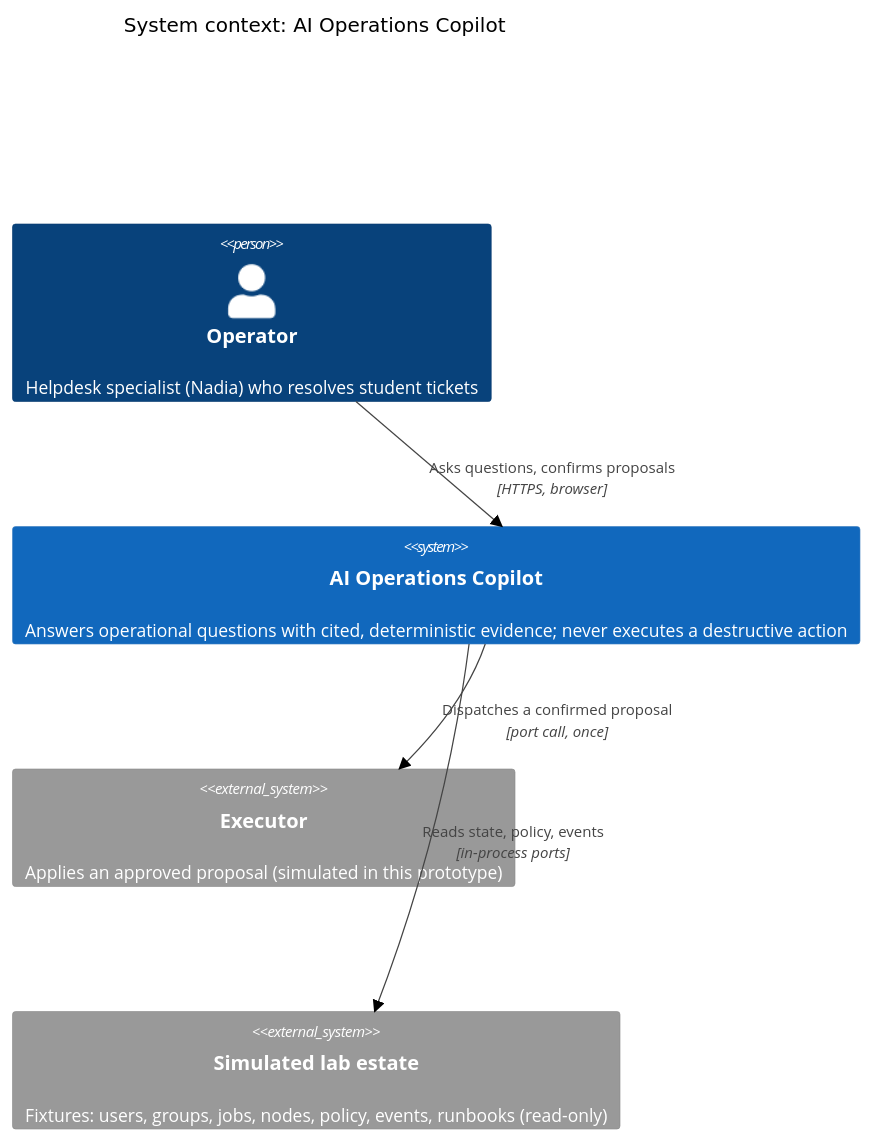
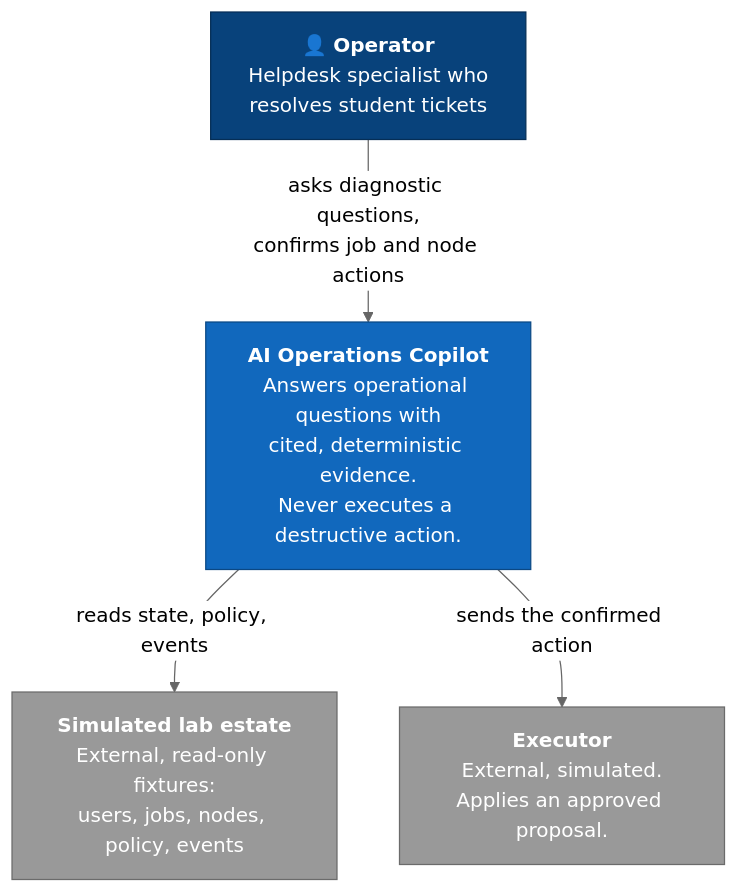
The first of 2 diagrams in docs/c4-diagram.md (prapoju/university-ai-compute-fabric), drawn with Mermaid (neutral theme) before and after one commit. The commit also changed other lines of this file and 2 other files, not shown here.

Commit message:
docs(impl2): plain UML use case diagram and flowchart-based C4 diagram

````diff
--- a/docs/c4-diagram.md
+++ b/docs/c4-diagram.md
@@ -9,13 +10,18 @@
 ```mermaid
-C4Context
-    title System context: AI Operations Copilot
+flowchart TB
+    operator["👤 <b>Operator</b><br/>Helpdesk specialist who<br/>resolves student tickets"]
+    copilot["<b>AI Operations Copilot</b><br/>Answers operational questions with<br/>cited, deterministic evidence.<br/>Never executes a destructive action."]
+    estate["<b>Simulated lab estate</b><br/>External, read-only fixtures:<br/>users, jobs, nodes, policy, events"]
+    executor["<b>Executor</b><br/>External, simulated.<br/>Applies an approved proposal."]
 
-    Person(operator, "Operator", "Helpdesk specialist (Nadia) who resolves student tickets")
-    System(copilot, "AI Operations Copilot", "Answers operational questions with cited, deterministic evidence; never executes a destructive action")
-    System_Ext(executor, "Executor", "Applies an approved proposal (simulated in this prototype)")
-    System_Ext(estate, "Simulated lab estate", "Fixtures: users, groups, jobs, nodes, policy, events, runbooks (read-only)")
+    operator -->|"asks diagnostic questions,<br/>confirms job and node actions"| copilot
+    copilot -->|"reads state, policy, events"| estate
+    copilot -->|"sends the confirmed action"| executor
 
-    Rel(operator, copilot, "Asks questions, confirms proposals", "HTTPS, browser")
-    Rel(copilot, estate, "Reads state, policy, events", "in-process ports")
-    Rel(copilot, executor, "Dispatches a confirmed proposal", "port call, once")
+    classDef person fill:#08427b,stroke:#052e56,color:#fff
+    classDef system fill:#1168bd,stroke:#0b4884,color:#fff
+    classDef external fill:#999,stroke:#6b6b6b,color:#fff
+    class operator person
+    class copilot system
+    class estate,executor external
 ```
````
